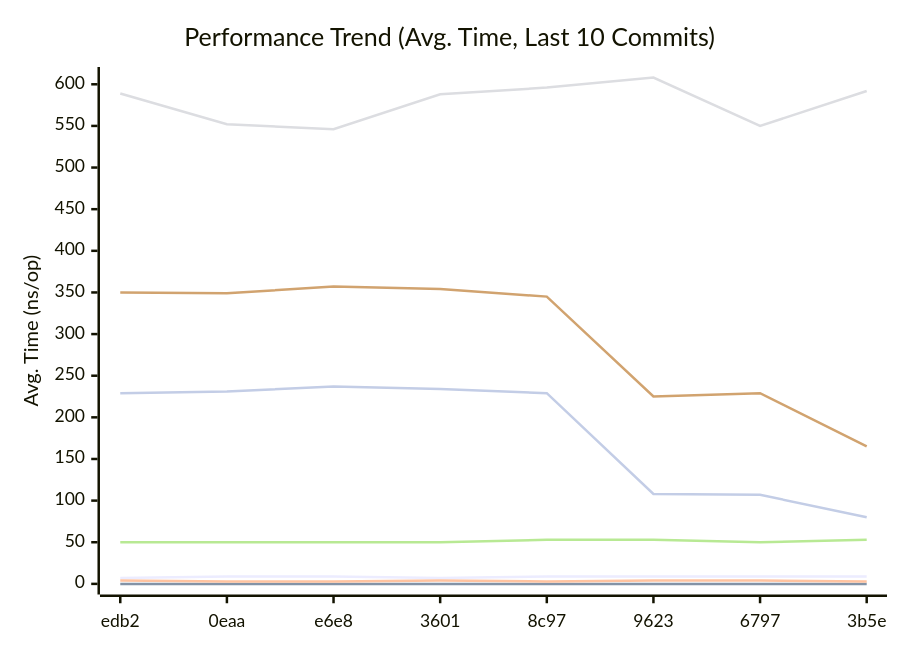
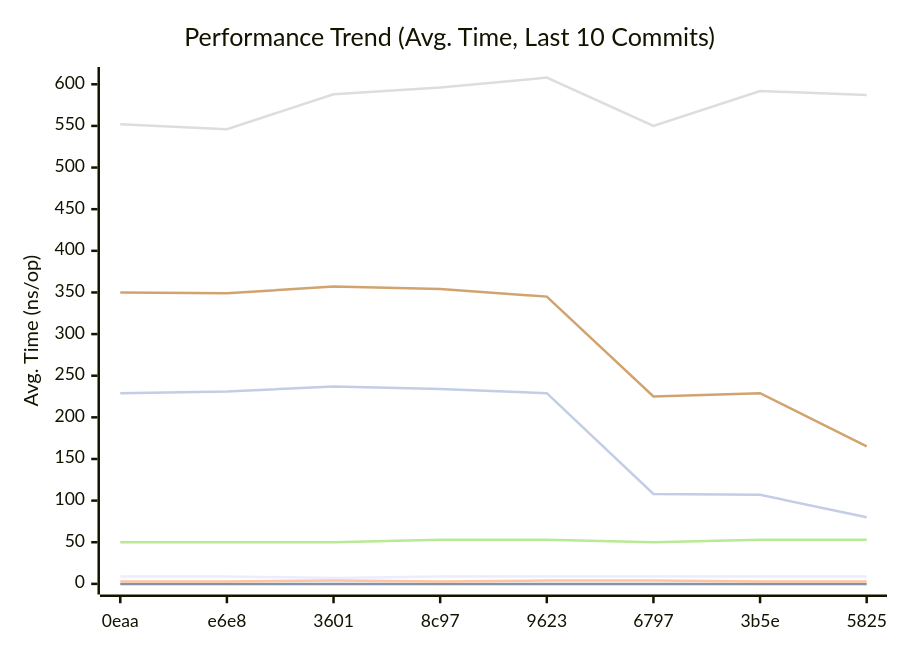
The first of 3 diagrams in docs/README.md (alsotoes/momo), drawn with Mermaid before and after one commit. The commit also changed other lines of this file and 1 other file, not shown here.

````diff
--- a/docs/README.md
+++ b/docs/README.md
@@ -303,14 +309,14 @@
 ```mermaid
 xychart-beta
     title "Performance Trend (Avg. Time, Last 10 Commits)"
     x-axis "Commit"
     y-axis "Avg. Time (ns/op)"
-    x-axis [edb2,0eaa,e6e8,3601,8c97,9623,6797,3b5e]
-    line "CheckMetricsAndSwap" [7,9,9,7,9,9,9,9,9,9]
+    x-axis [0eaa,e6e8,3601,8c97,9623,6797,3b5e,5825]
+    line "CheckMetricsAndSwap" [9,9,7,9,9,9,9,9,9,9]
     line "IndexDirectTracking" [0,0,0,0,0,0,0,0,0,0]
-    line "IndexSearch" [4,3,3,4,3,4,4,3,3,2]
-    line "LoadGlobalConfig" [589,552,546,588,596,608,550,592,587,587]
-    line "PadString" [50,50,50,50,53,53,50,53,53,53]
+    line "IndexSearch" [3,3,4,3,4,4,3,3,2,2]
+    line "LoadGlobalConfig" [552,546,588,596,608,550,592,587,587,592]
+    line "PadString" [50,50,50,53,53,50,53,53,53,53]
     line "ParseReplicationOrder_NoPrealloc" [350,349,357,354,345,225,229,165,232,234]
     line "ParseReplicationOrder_Prealloc" [229,231,237,234,229,108,107,80,110,109]
 ```
````
